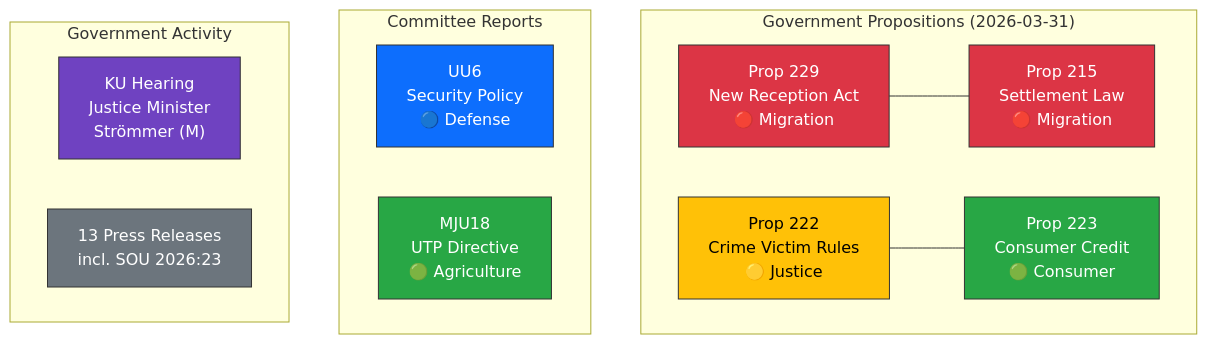
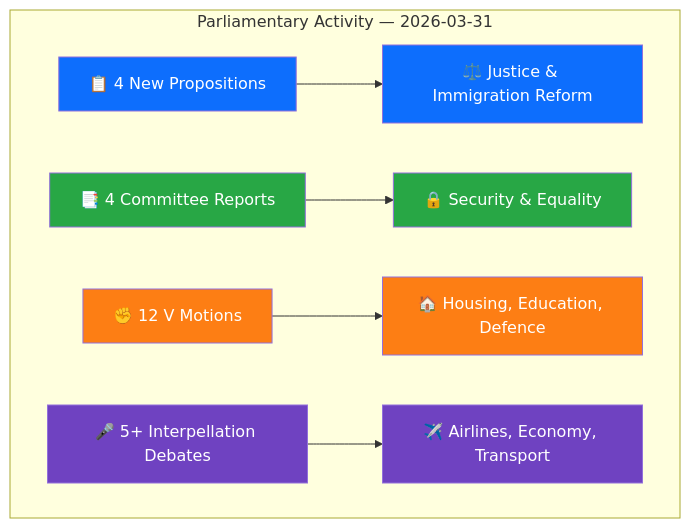
The diagram in analysis/daily/2026-03-31/synthesis-summary.md (Hack23/riksdagsmonitor), drawn with Mermaid before and after one commit. The commit also changed other lines of this file and 60 other files, not shown here.

````diff
--- a/analysis/daily/2026-03-31/synthesis-summary.md
+++ b/analysis/daily/2026-03-31/synthesis-summary.md
@@ -18,27 +13,17 @@
 ```mermaid
 graph TD
-    subgraph "Government Propositions (2026-03-31)"
-        P229["Prop 229<br/>New Reception Act<br/>🔴 Migration"]
-        P215["Prop 215<br/>Settlement Law<br/>🔴 Migration"]
-        P222["Prop 222<br/>Crime Victim Rules<br/>🟡 Justice"]
-        P223["Prop 223<br/>Consumer Credit<br/>🟢 Consumer"]
+    subgraph "Parliamentary Activity — 2026-03-31"
+        A["📋 4 New Propositions"] --> B["⚖️ Justice & Immigration Reform"]
+        C["📑 4 Committee Reports"] --> D["🔒 Security & Equality"]
+        E["✊ 12 V Motions"] --> F["🏠 Housing, Education, Defence"]
+        G["🎤 5+ Interpellation Debates"] --> H["✈️ Airlines, Economy, Transport"]
     end
-    subgraph "Committee Reports"
-        UU6["UU6<br/>Security Policy<br/>🔵 Defense"]
-        MJU18["MJU18<br/>UTP Directive<br/>🟢 Agriculture"]
-    end
-    subgraph "Government Activity"
-        KU["KU Hearing<br/>Justice Minister<br/>Strömmer (M)"]
-        GOV["13 Press Releases<br/>incl. SOU 2026:23"]
-    end
-    P229 --- P215
-    P222 --- P223
-    style P229 fill:#dc3545,stroke:#333,color:#fff
-    style P215 fill:#dc3545,stroke:#333,color:#fff
-    style P222 fill:#ffc107,stroke:#333,color:#000
-    style P223 fill:#28a745,stroke:#333,color:#fff
-    style UU6 fill:#0d6efd,stroke:#333,color:#fff
-    style MJU18 fill:#28a745,stroke:#333,color:#fff
-    style KU fill:#6f42c1,stroke:#333,color:#fff
-    style GOV fill:#6c757d,stroke:#333,color:#fff
+    style A fill:#0d6efd,color:#fff
+    style B fill:#0d6efd,color:#fff
+    style C fill:#28a745,color:#fff
+    style D fill:#28a745,color:#fff
+    style E fill:#fd7e14,color:#fff
+    style F fill:#fd7e14,color:#fff
+    style G fill:#6f42c1,color:#fff
+    style H fill:#6f42c1,color:#fff
 ```
````
